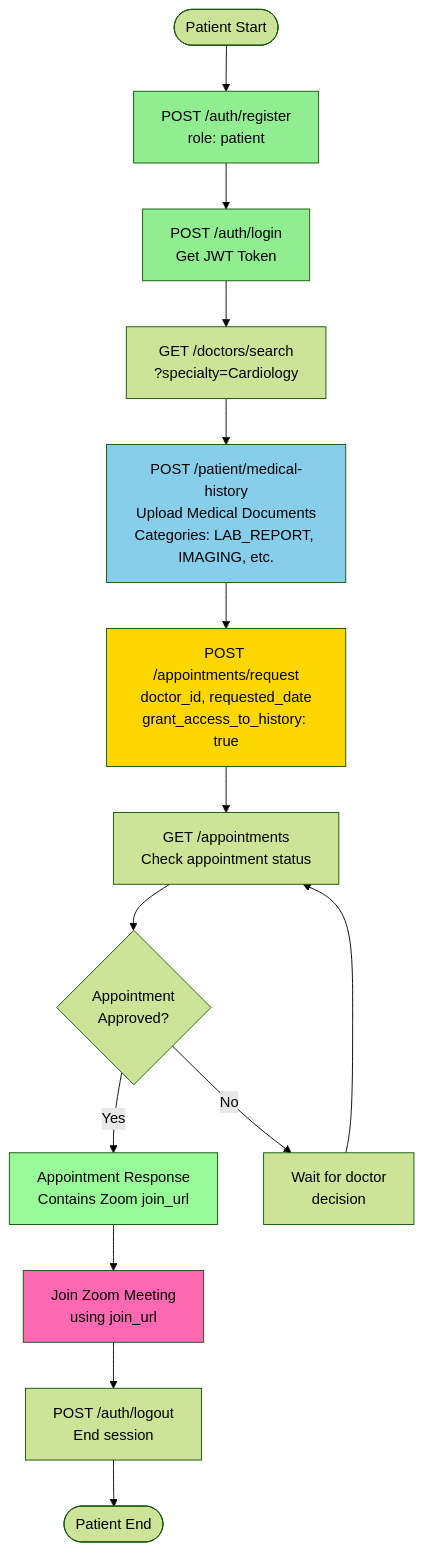
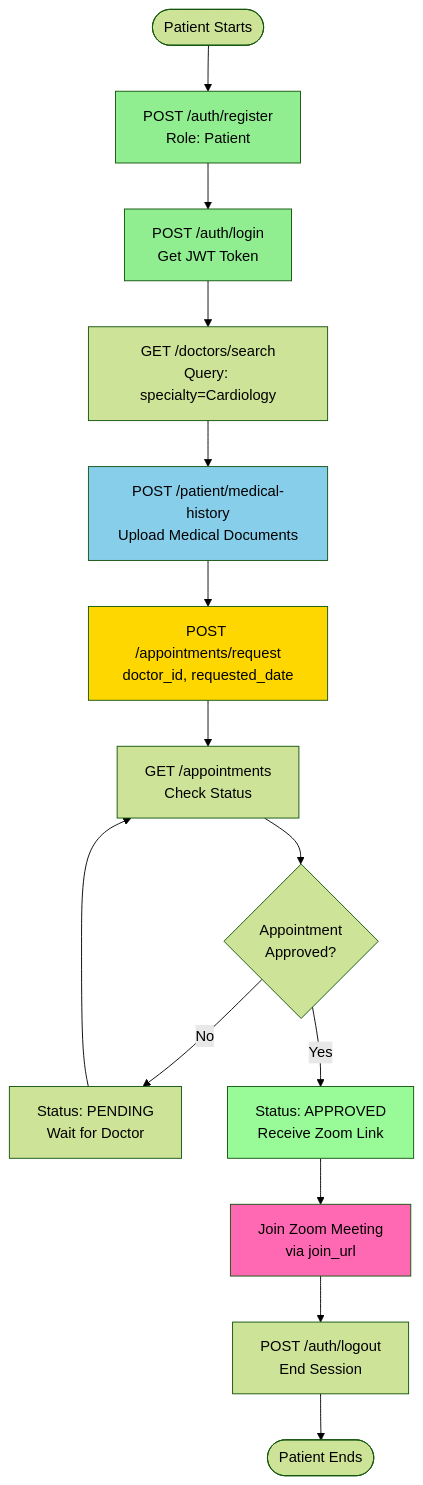
The first of 8 diagrams in API_FLOW_DIAGRAMS.md (omkar703/Sara_medical_backend-main), drawn with Mermaid (forest theme) before and after one commit. The commit also changed other lines of this file and 54 other files, not shown here.

````diff
--- a/API_FLOW_DIAGRAMS.md
+++ b/API_FLOW_DIAGRAMS.md
@@ -11,23 +28,23 @@
 ```mermaid
-flowchart TD
-    Start([Patient Start]) --> Register[POST /auth/register<br/>role: patient]
-    Register --> Login[POST /auth/login<br/>Get JWT Token]
-    Login --> SearchDoc[GET /doctors/search<br/>?specialty=Cardiology]
-    SearchDoc --> UploadDocs[POST /patient/medical-history<br/>Upload Medical Documents<br/>Categories: LAB_REPORT, IMAGING, etc.]
-    UploadDocs --> RequestAppt[POST /appointments/request<br/>doctor_id, requested_date<br/>grant_access_to_history: true]
-    RequestAppt --> CheckStatus[GET /appointments<br/>Check appointment status]
-    CheckStatus --> WaitApproval{Appointment<br/>Approved?}
-    WaitApproval -->|Yes| GetZoom[Appointment Response<br/>Contains Zoom join_url]
-    WaitApproval -->|No| WaitMore[Wait for doctor<br/>decision]
-    WaitMore --> CheckStatus
-    GetZoom --> JoinMeeting[Join Zoom Meeting<br/>using join_url]
-    JoinMeeting --> Logout[POST /auth/logout<br/>End session]
-    Logout --> End([Patient End])
+graph TD
+    A([Patient Starts]) --> B["POST /auth/register<br/>Role: Patient"]
+    B --> C["POST /auth/login<br/>Get JWT Token"]
+    C --> D["GET /doctors/search<br/>Query: specialty=Cardiology"]
+    D --> E["POST /patient/medical-history<br/>Upload Medical Documents"]
+    E --> F["POST /appointments/request<br/>doctor_id, requested_date"]
+    F --> G["GET /appointments<br/>Check Status"]
+    G --> H{Appointment<br/>Approved?}
+    H -->|No| I["Status: PENDING<br/>Wait for Doctor"]
+    H -->|Yes| J["Status: APPROVED<br/>Receive Zoom Link"]
+    I --> G
+    J --> K["Join Zoom Meeting<br/>via join_url"]
+    K --> L["POST /auth/logout<br/>End Session"]
+    L --> M([Patient Ends])
 
-    style Register fill:#90EE90
-    style Login fill:#90EE90
-    style UploadDocs fill:#87CEEB
-    style RequestAppt fill:#FFD700
-    style GetZoom fill:#98FB98
-    style JoinMeeting fill:#FF69B4
+    style B fill:#90EE90
+    style C fill:#90EE90
+    style E fill:#87CEEB
+    style F fill:#FFD700
+    style J fill:#98FB98
+    style K fill:#FF69B4
 ```
````
